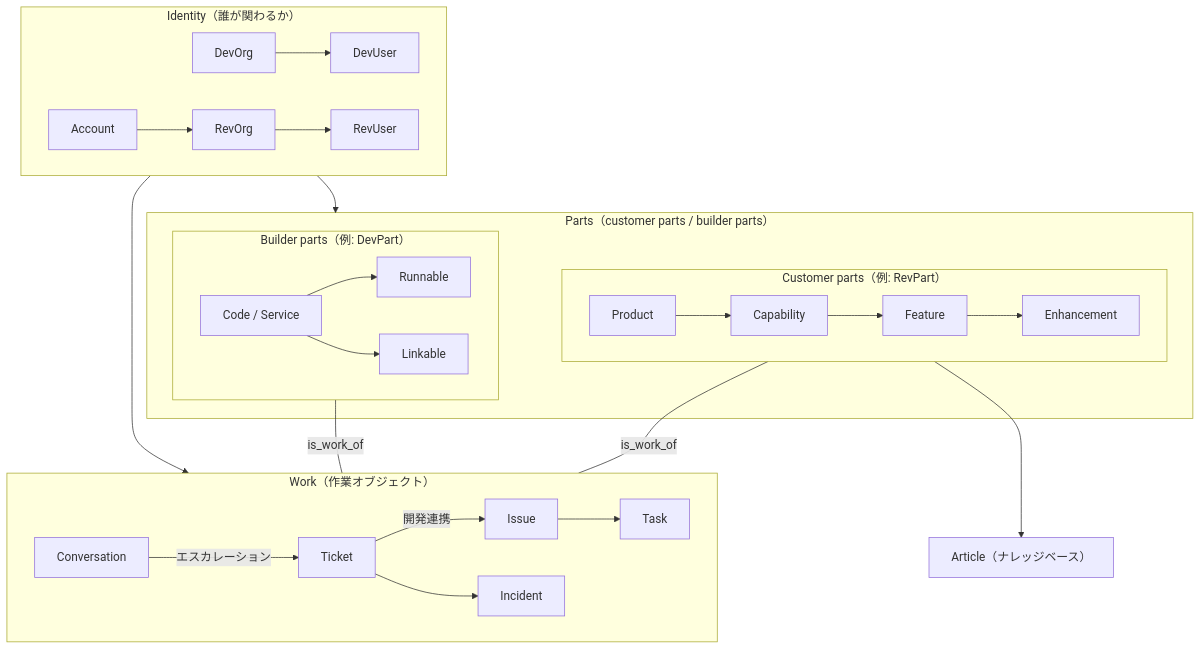
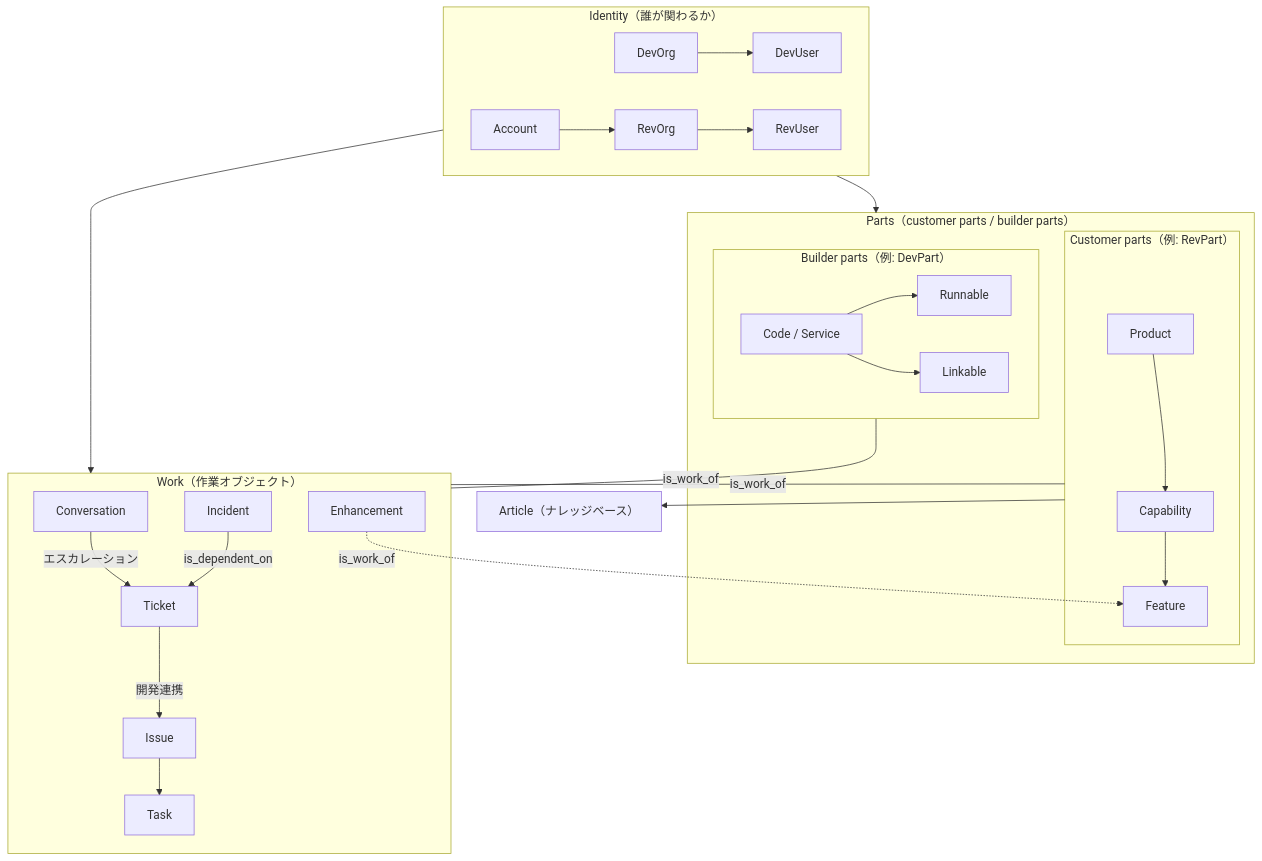
One commit to takanorisuzuki/devrev-guide changed the diagram in docs/ja/architecture.md. Above: the diagram before and after it, drawn with Mermaid. The commit also changed other lines of this file and 3 other files, not shown here.

First line of the commit message:
fix(docs): Geminiレビュー反映 — EnhancementをWorkに統一、Incident→Ticketの向きを図と表で一致

````diff
--- a/docs/ja/architecture.md
+++ b/docs/ja/architecture.md
@@ -14,31 +14,32 @@
 ```mermaid
 graph TB
     subgraph Identity["Identity（誰が関わるか）"]
         DevOrg --> DevUser
         Account --> RevOrg --> RevUser
     end
 
     subgraph Parts["Parts（customer parts / builder parts）"]
         subgraph CustomerParts["Customer parts（例: RevPart）"]
             Product --> Capability --> Feature
-            Feature --> Enhancement
         end
         subgraph BuilderParts["Builder parts（例: DevPart）"]
             CodeService["Code / Service"] --> Runnable
             CodeService --> Linkable
         end
     end
 
     subgraph Work["Work（作業オブジェクト）"]
         Conversation -->|エスカレーション| Ticket
         Ticket -->|開発連携| Issue
         Issue --> Task
-        Ticket --> Incident
+        Enhancement
+        Incident -->|is_dependent_on| Ticket
     end
 
+    Enhancement -.->|is_work_of| Feature
     CustomerParts ---|is_work_of| Work
     BuilderParts ---|is_work_of| Work
     CustomerParts --> Article["Article（ナレッジベース）"]
     Identity --> Parts
     Identity --> Work
 ```
````
